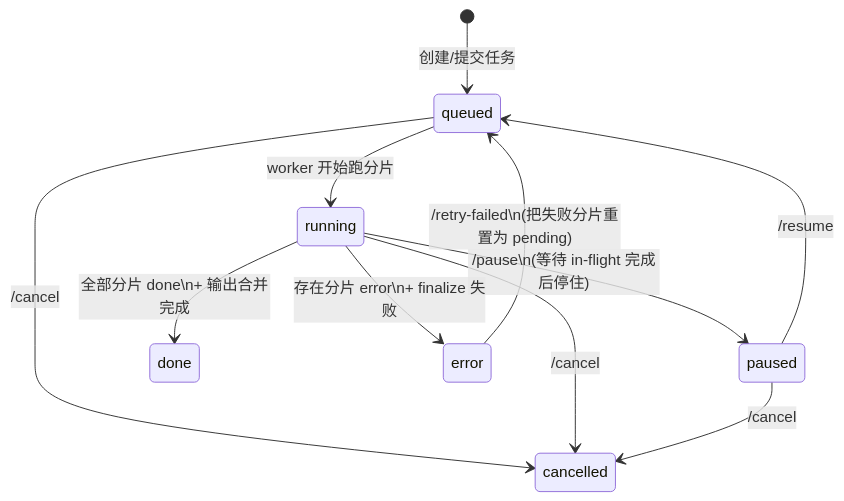
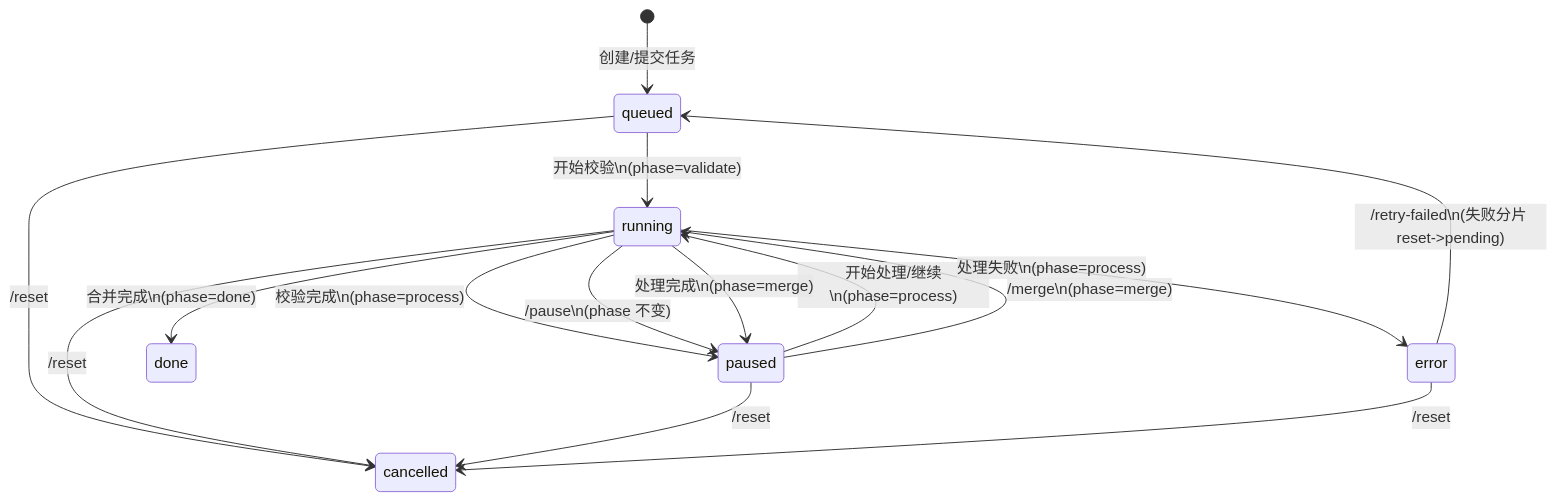
Before and after one commit to makoMakoGo/novel-proofer: the second of 2 diagrams in docs/STATE_MACHINE.md, drawn with Mermaid. The commit also changed other lines of this file and 2 other files, not shown here.

First line of the commit message:
docs: describe workflow v2 and phase/state transitions

````diff
--- a/docs/STATE_MACHINE.md
+++ b/docs/STATE_MACHINE.md
@@ -61,17 +69,21 @@
 ```mermaid
 stateDiagram-v2
   [*] --> queued: 创建/提交任务
 
-  queued --> running: worker 开始跑分片
-  running --> paused: /pause\n(等待 in-flight 完成后停住)
-  paused --> queued: /resume
+  queued --> running: 开始校验\n(phase=validate)
+  running --> paused: 校验完成\n(phase=process)
 
-  running --> done: 全部分片 done\n+ 输出合并完成
-  running --> error: 存在分片 error\n+ finalize 失败
+  paused --> running: 开始处理/继续\n(phase=process)
+  running --> paused: /pause\n(phase 不变)
+  running --> error: 处理失败\n(phase=process)
+  error --> queued: /retry-failed\n(失败分片 reset->pending)
 
-  error --> queued: /retry-failed\n(把失败分片重置为 pending)
+  running --> paused: 处理完成\n(phase=merge)
+  paused --> running: /merge\n(phase=merge)
+  running --> done: 合并完成\n(phase=done)
 
-  queued --> cancelled: /cancel
-  running --> cancelled: /cancel
-  paused --> cancelled: /cancel
+  queued --> cancelled: /reset
+  running --> cancelled: /reset
+  paused --> cancelled: /reset
+  error --> cancelled: /reset
 ```
````
